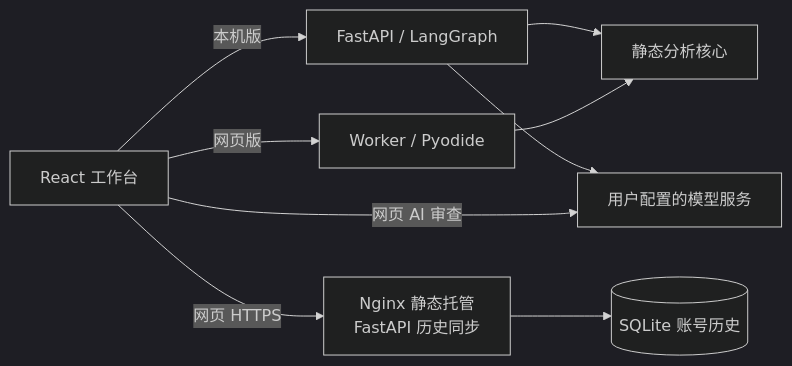
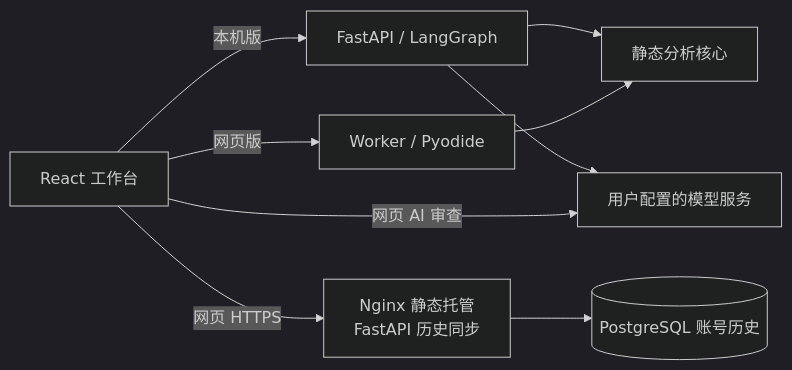
Before and after one commit to kane0204/CodeLens: the first of 5 diagrams in docs/slides/slides.md, drawn with Mermaid (dark theme). The commit also changed other lines of this file, not shown here.

````diff
--- a/docs/slides/slides.md
+++ b/docs/slides/slides.md
@@ -150,11 +150,11 @@
 ```mermaid
 flowchart LR
     U["React 工作台"] -->|本机版| API["FastAPI / LangGraph"]
     U -->|网页版| WEB["Worker / Pyodide"]
     API --> CORE["静态分析核心"]
     WEB --> CORE
     API --> AI["用户配置的模型服务"]
     U -->|网页 AI 审查| AI
     U -->|网页 HTTPS| SYNC["Nginx 静态托管<br/>FastAPI 历史同步"]
-    SYNC --> DB[("SQLite 账号历史")]
+    SYNC --> DB[("PostgreSQL 账号历史")]
 ```
````
